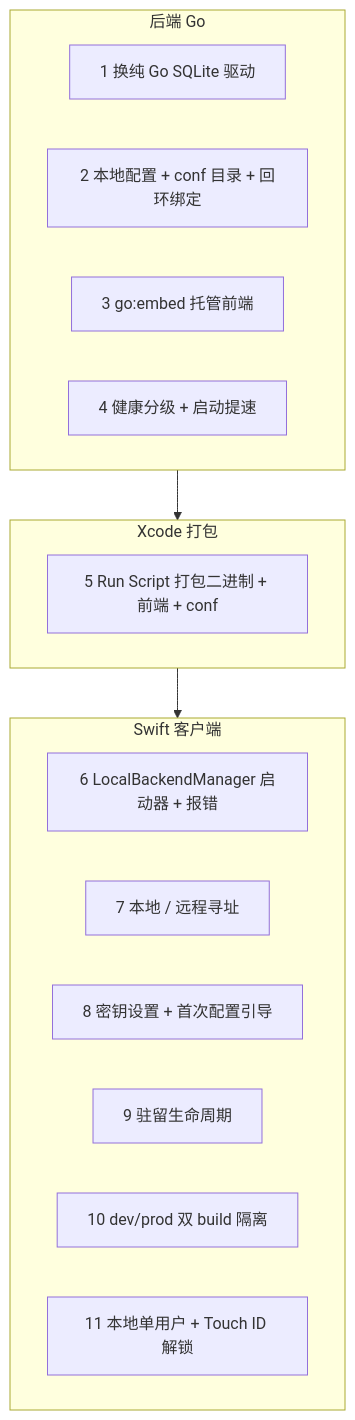
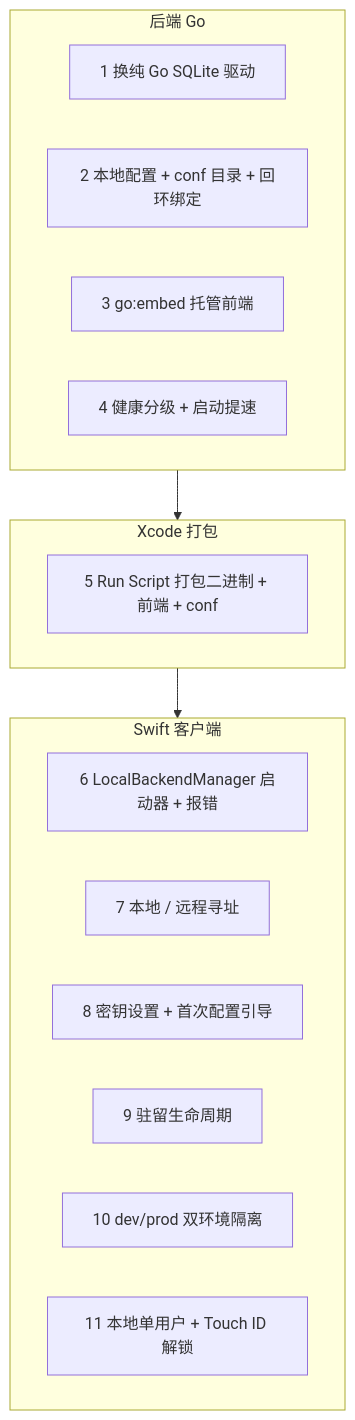
Before and after one commit to xHanJiao/xhanHelper: the seventh of 12 diagrams in docs/design/local-sqlite/design.md, drawn with Mermaid. The commit also changed other lines of this file, not shown here.

````diff
--- a/docs/design/local-sqlite/design.md
+++ b/docs/design/local-sqlite/design.md
@@ -215,21 +222,21 @@
 ```mermaid
 flowchart TB
     subgraph be["后端 Go"]
         C1[1 换纯 Go SQLite 驱动]
         C2[2 本地配置 + conf 目录 + 回环绑定]
         C3["3 go:embed 托管前端"]
         C4[4 健康分级 + 启动提速]
     end
     subgraph xc["Xcode 打包"]
         C5[5 Run Script 打包二进制 + 前端 + conf]
     end
     subgraph sw["Swift 客户端"]
         C6[6 LocalBackendManager 启动器 + 报错]
         C7[7 本地 / 远程寻址]
         C8[8 密钥设置 + 首次配置引导]
         C9[9 驻留生命周期]
-        C10[10 dev/prod 双 build 隔离]
+        C10[10 dev/prod 双环境隔离]
         C11[11 本地单用户 + Touch ID 解锁]
     end
     be --> xc --> sw
 ```
````
